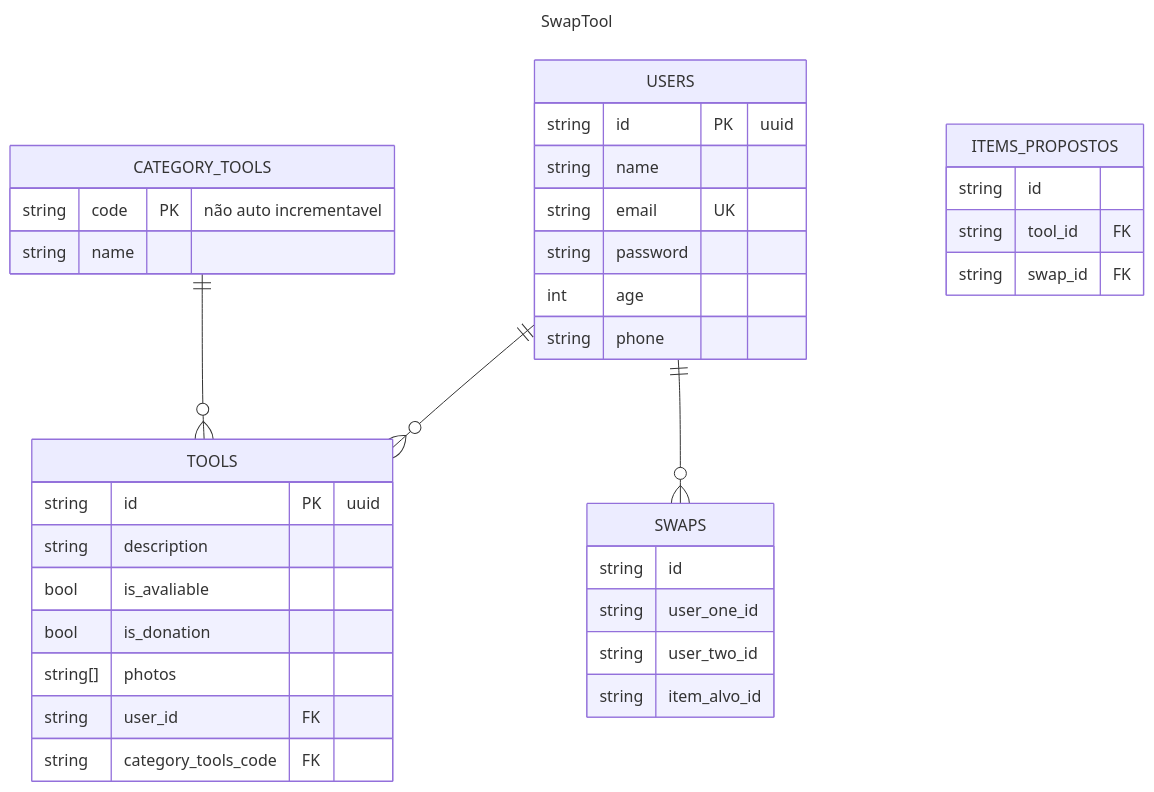
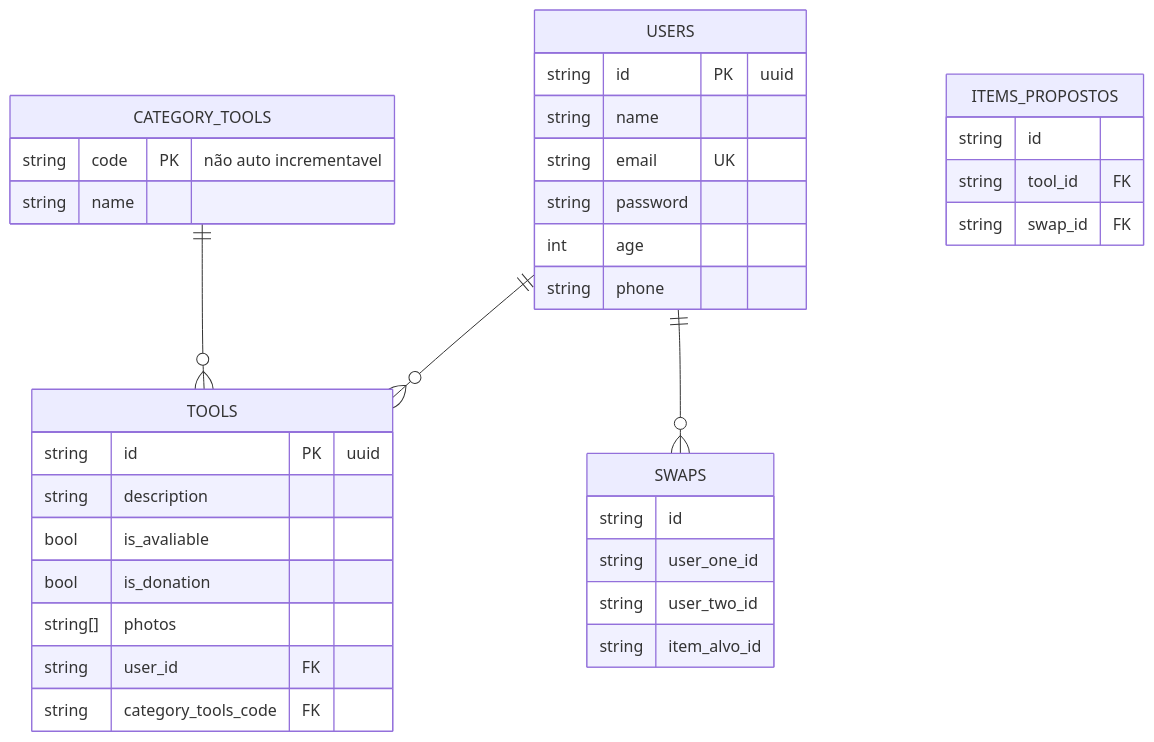
The second of 2 diagrams in Documentos_Relacionados/readme.md (Marcos1701/Proj_Integrador_III), drawn with Mermaid before and after one commit.

````diff
--- a/Documentos_Relacionados/readme.md
+++ b/Documentos_Relacionados/readme.md
@@ -104,50 +104,46 @@
 ```mermaid
----
-title: SwapTool 
----
-
 erDiagram
     us[USERS] {
         string id PK "uuid"
         string name
         string email UK
         string password
         int age
         string phone
     }
 
     t[TOOLS] {
         string id PK "uuid"
         string description
         bool is_avaliable
         bool is_donation
         string[] photos
         string user_id FK
         string category_tools_code FK
     }
 
     ct[CATEGORY_TOOLS] {
         string code PK "não auto incrementavel" 
         string name
     }
 
     s[SWAPS] {
         string id
         string user_one_id
         string user_two_id
         string item_alvo_id
     }
 
     it[ITEMS_PROPOSTOS] {
         string id
         string tool_id FK
         string swap_id FK
 
     }
 
 
 
     us ||--o{ t : ""
     ct ||--o{ t : ""
     us ||--o{ s : ""
 ```
````
